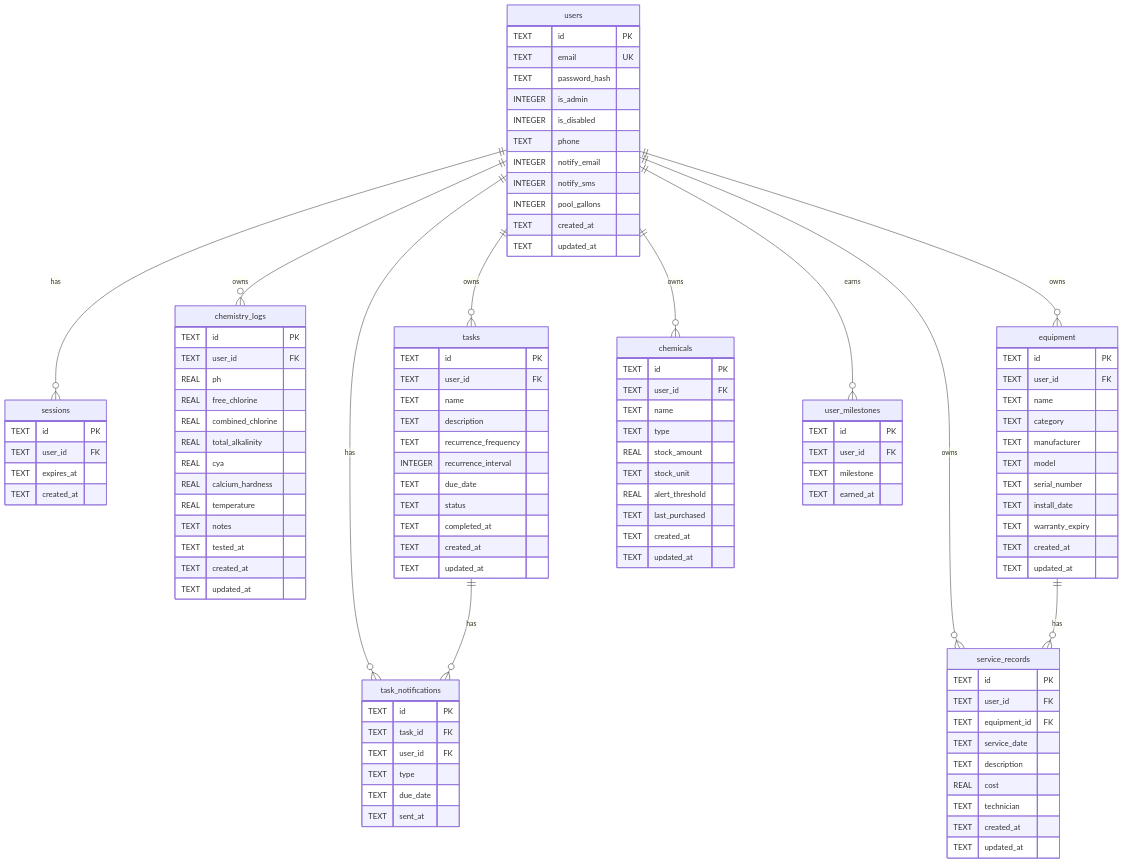
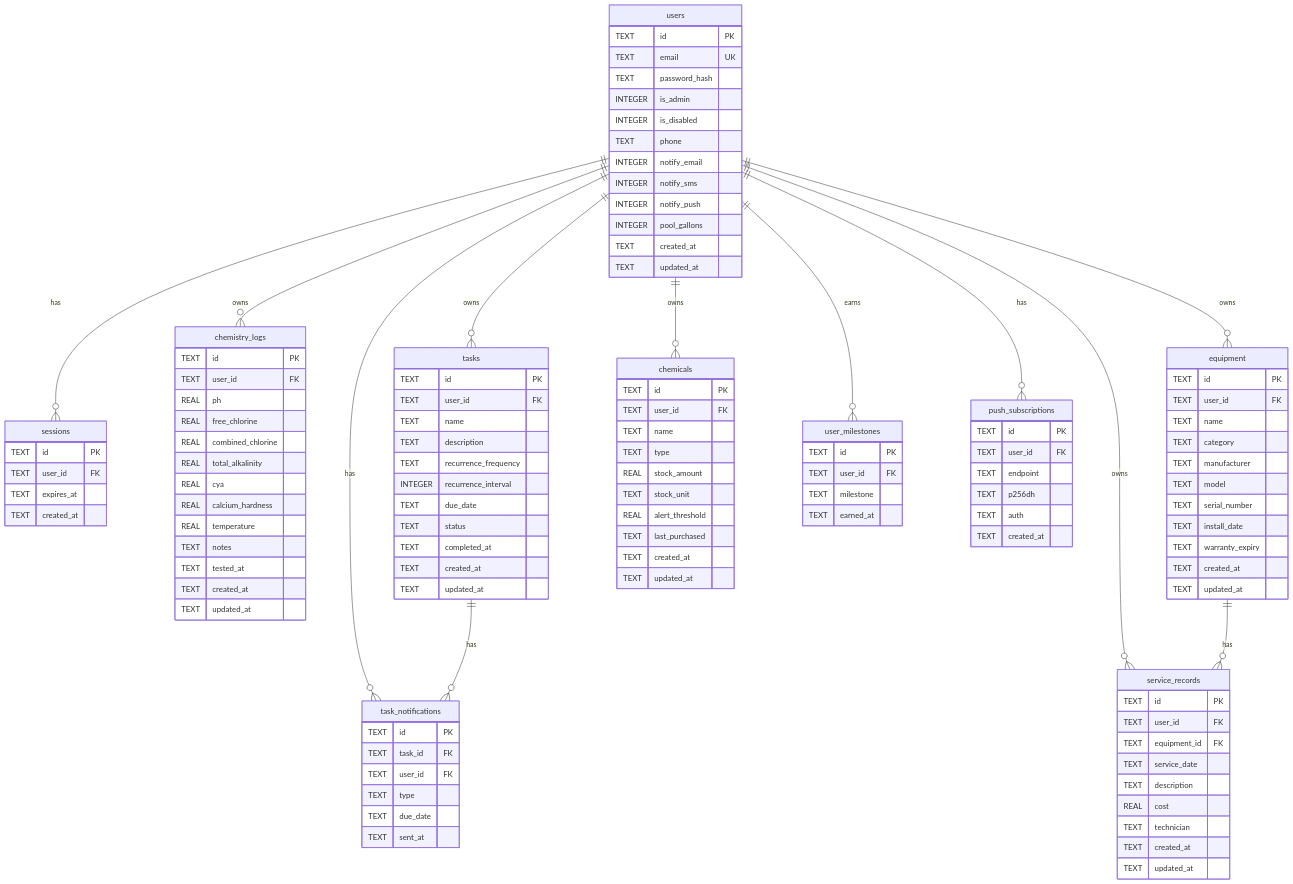
The diagram in docs/architecture.md (joshthewhite/poolvibes), drawn with Mermaid before and after one commit. The commit also changed other lines of this file and 4 other files, not shown here.

```diff
--- a/docs/architecture.md
+++ b/docs/architecture.md
@@ -94,6 +94,7 @@
         TEXT phone
         INTEGER notify_email
         INTEGER notify_sms
+        INTEGER notify_push
         INTEGER pool_gallons
         TEXT created_at
         TEXT updated_at
@@ -191,7 +192,17 @@
         TEXT earned_at
     }
 
+    push_subscriptions {
+        TEXT id PK
+        TEXT user_id FK
+        TEXT endpoint
+        TEXT p256dh
+        TEXT auth
+        TEXT created_at
+    }
+
     users ||--o{ sessions : "has"
+    users ||--o{ push_subscriptions : "has"
     users ||--o{ task_notifications : "has"
     tasks ||--o{ task_notifications : "has"
     users ||--o{ chemistry_logs : "owns"
```
